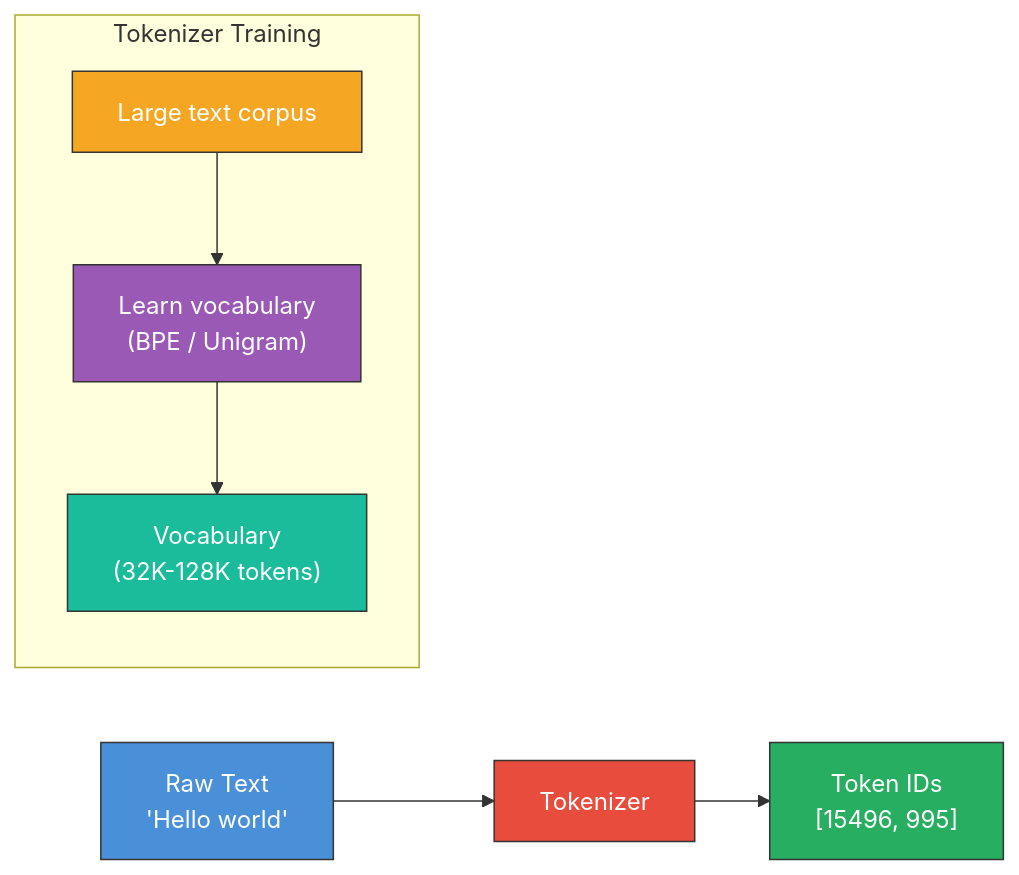
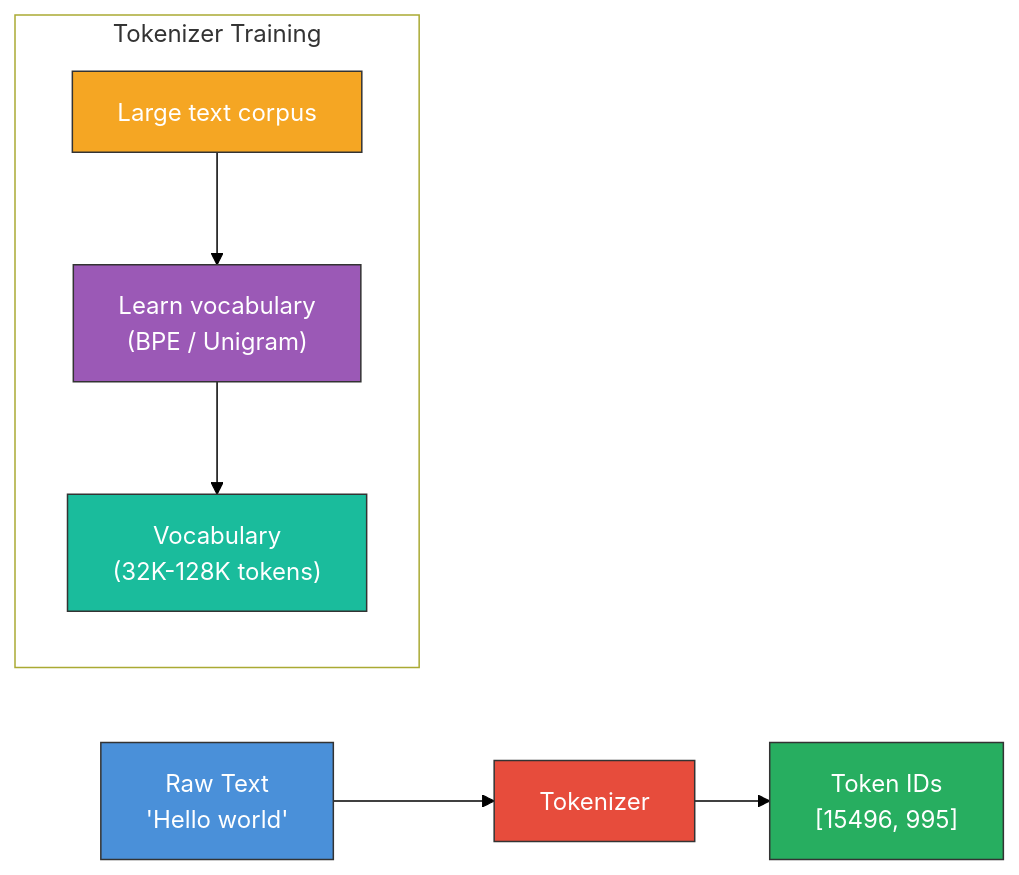
One commit to tanquangduong/tanquangduong.github.io changed the fifth of 9 diagrams in posts/llm/Pre-training-LLMs-from-Scratch.qmd. Above: the diagram before and after it, drawn with Mermaid. The commit also changed other lines of this file and 204 other files, not shown here.

````diff
--- a/posts/llm/Pre-training-LLMs-from-Scratch.qmd
+++ b/posts/llm/Pre-training-LLMs-from-Scratch.qmd
@@ -409,18 +413,20 @@
 ```{mermaid}
 graph LR
+    linkStyle default stroke:#000,color:#000
     A["Raw Text<br/>'Hello world'"] --> B["Tokenizer"]
     B --> C["Token IDs<br/>[15496, 995]"]
 
     subgraph Training["Tokenizer Training"]
         direction TB
         D["Large text corpus"] --> E["Learn vocabulary<br/>(BPE / Unigram)"]
         E --> F["Vocabulary<br/>(32K-128K tokens)"]
     end
 
     style A fill:#4a90d9,color:#fff,stroke:#333
     style B fill:#e74c3c,color:#fff,stroke:#333
     style C fill:#27ae60,color:#fff,stroke:#333
     style D fill:#f5a623,color:#fff,stroke:#333
     style E fill:#9b59b6,color:#fff,stroke:#333
     style F fill:#1abc9c,color:#fff,stroke:#333
+    style Training fill:#fff
 ```
````
